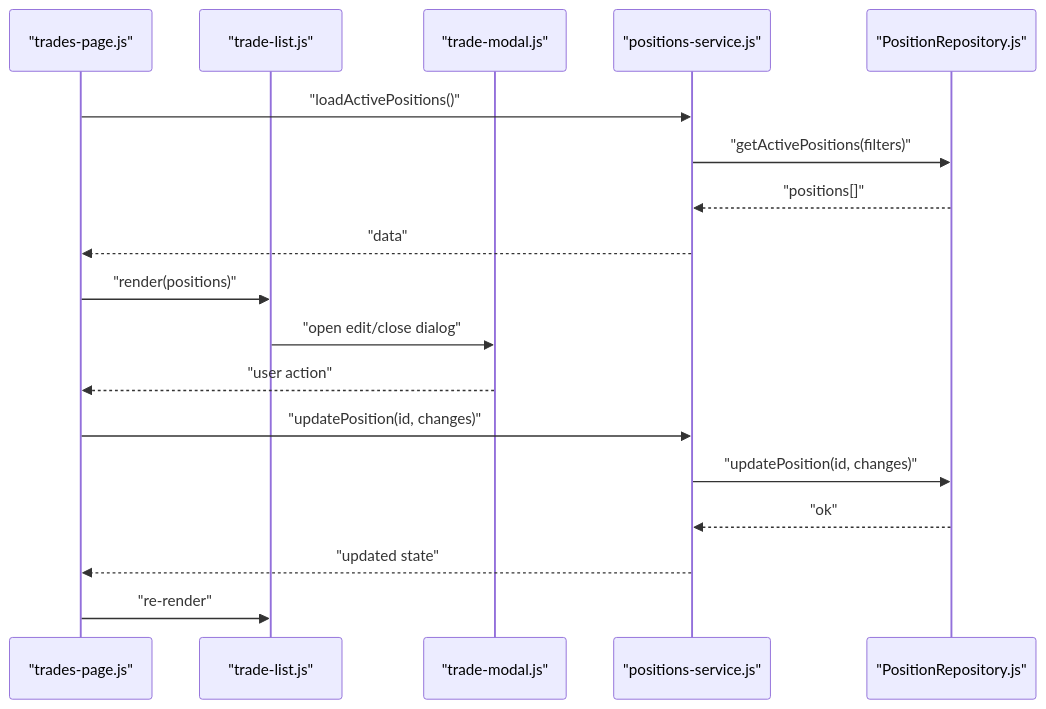
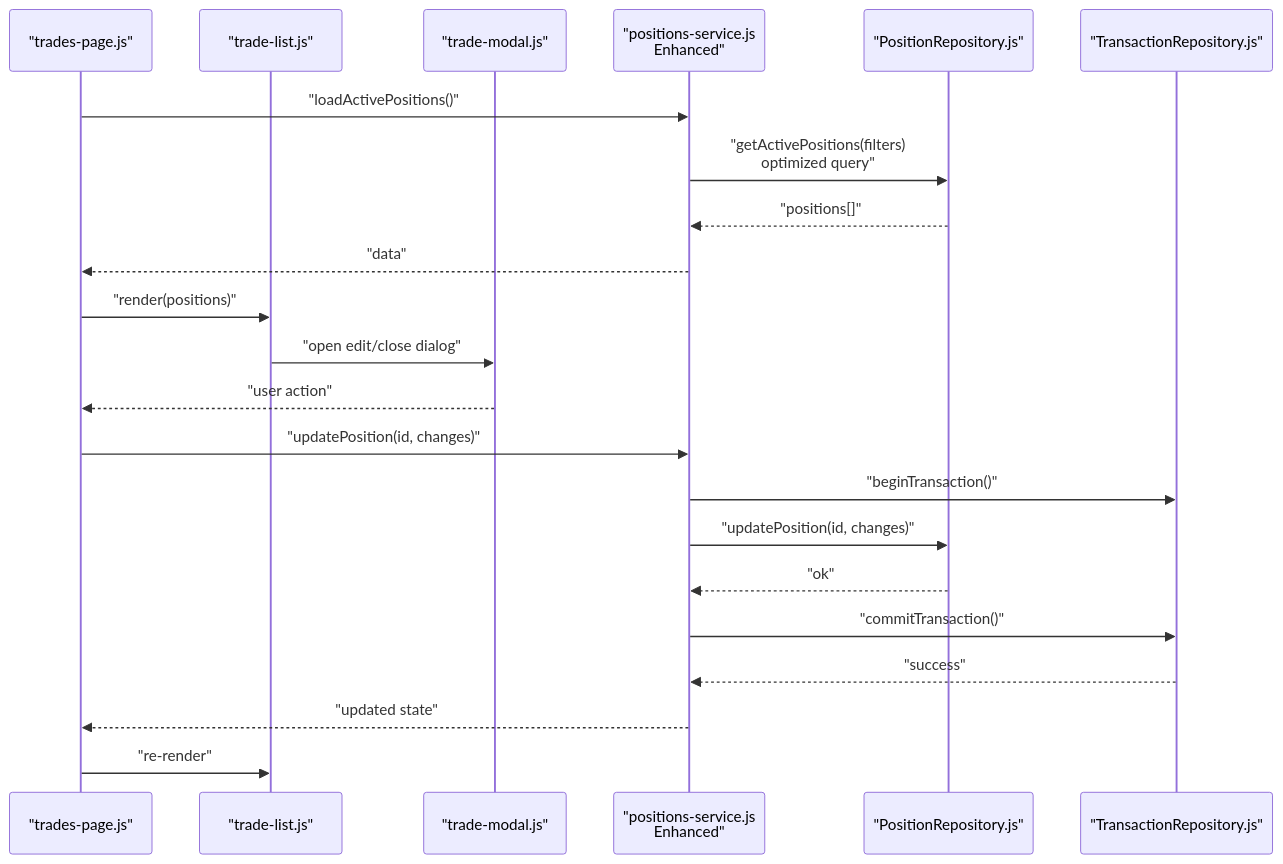
The fifth of 12 diagrams in .qoder/repowiki/en/content/Core Features/Positions Tracking/Positions Tracking.md (iliyas77/MTF-monitor), drawn with Mermaid before and after one commit. The commit also changed other lines of this file and 46 other files, not shown here.

````diff
--- a/.qoder/repowiki/en/content/Core Features/Positions Tracking/Positions Tracking.md
+++ b/.qoder/repowiki/en/content/Core Features/Positions Tracking/Positions Tracking.md
@@ -264,20 +310,24 @@
 ```mermaid
 sequenceDiagram
 participant Page as "trades-page.js"
 participant List as "trade-list.js"
 participant Modal as "trade-modal.js"
-participant Service as "positions-service.js"
+participant Service as "positions-service.js<br/>Enhanced"
 participant Repo as "PositionRepository.js"
+participant TxRepo as "TransactionRepository.js"
 Page->>Service : "loadActivePositions()"
-Service->>Repo : "getActivePositions(filters)"
+Service->>Repo : "getActivePositions(filters)<br/>optimized query"
 Repo-->>Service : "positions[]"
 Service-->>Page : "data"
 Page->>List : "render(positions)"
 List->>Modal : "open edit/close dialog"
 Modal-->>Page : "user action"
 Page->>Service : "updatePosition(id, changes)"
+Service->>TxRepo : "beginTransaction()"
 Service->>Repo : "updatePosition(id, changes)"
 Repo-->>Service : "ok"
+Service->>TxRepo : "commitTransaction()"
+TxRepo-->>Service : "success"
 Service-->>Page : "updated state"
 Page->>List : "re-render"
 ```
````
